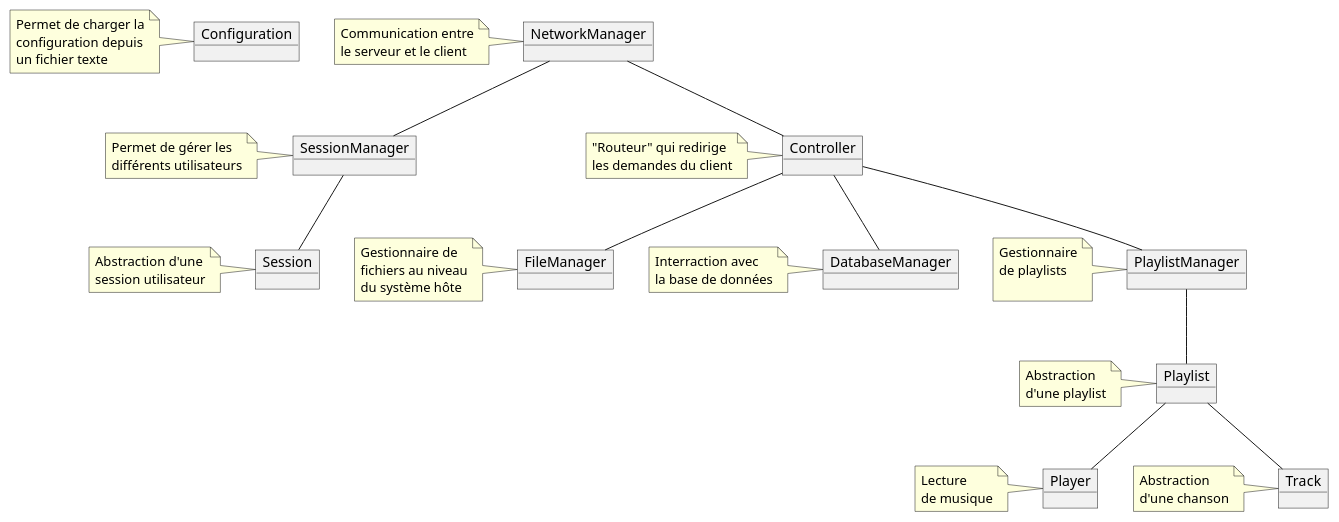
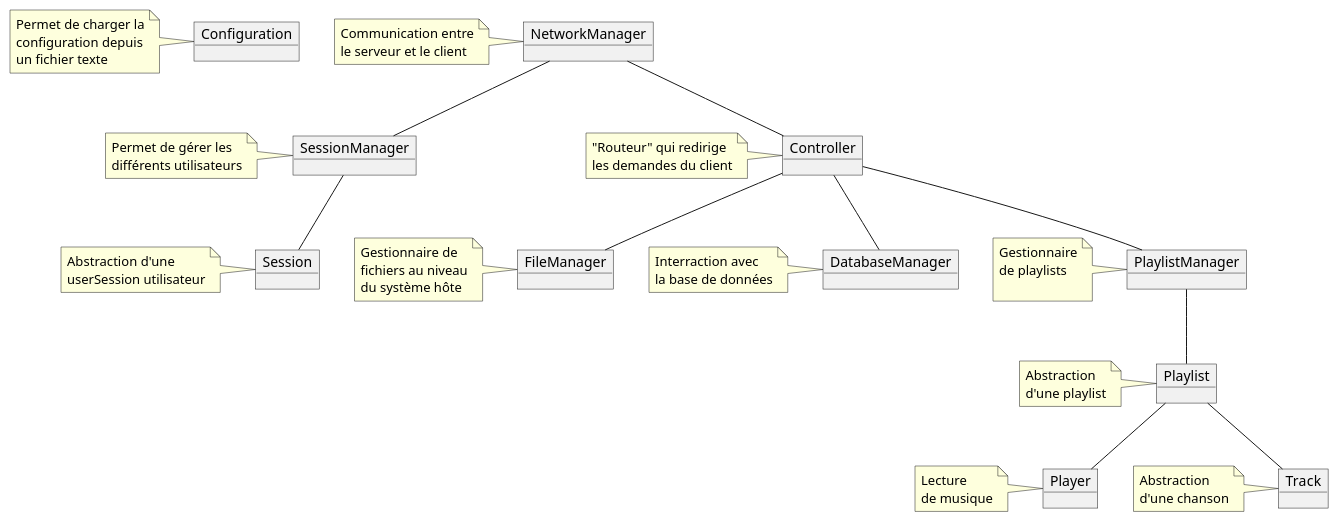
Before and after one commit to heig-vd-pro2017/projet: the diagram in doc/commusica/UML.puml, drawn with PlantUML. The commit also changed 23 other files, not shown here.

```diff
--- a/doc/commusica/UML.puml
+++ b/doc/commusica/UML.puml
@@ -1,98 +1,98 @@
 @startuml
 
 object Configuration
 
 object NetworkManager
 
 object SessionManager
 
 object Session
 
 object Controller
 
 object FileManager
 
 object DatabaseManager
 
 object PlaylistManager
 
 object Playlist
 
 object Player
 
 object Track
 
 NetworkManager -- Controller
 
 NetworkManager -- SessionManager
 
 SessionManager -- Session
 
 Controller -- FileManager
 Controller -- DatabaseManager
 Controller -- PlaylistManager
 
 PlaylistManager -- Playlist
 
 Playlist -- Player
 Playlist -- Track
 
 note left of Configuration
     Permet de charger la
     configuration depuis
     un fichier texte
 endnote
 
 note left of NetworkManager
     Communication entre
     le serveur et le client
 endnote
 
 note left of SessionManager
     Permet de gérer les
     différents utilisateurs
 endnote
 
 note left of Session
     Abstraction d'une
-    session utilisateur
+    userSession utilisateur
 endnote
 
 note left of Controller
     "Routeur" qui redirige
     les demandes du client
 endnote
 
 note left of FileManager
     Gestionnaire de
     fichiers au niveau
     du système hôte
 endnote
 
 note left of DatabaseManager
     Interraction avec
     la base de données
 endnote
 
 note left of PlaylistManager
     Gestionnaire
     de playlists
 
 endnote
 
 note left of Playlist
     Abstraction
     d'une playlist
 endnote
 
 note left of Player
     Lecture
     de musique
 endnote
 
 note left of Track
     Abstraction
     d'une chanson
 endnote
 
 @enduml
```
